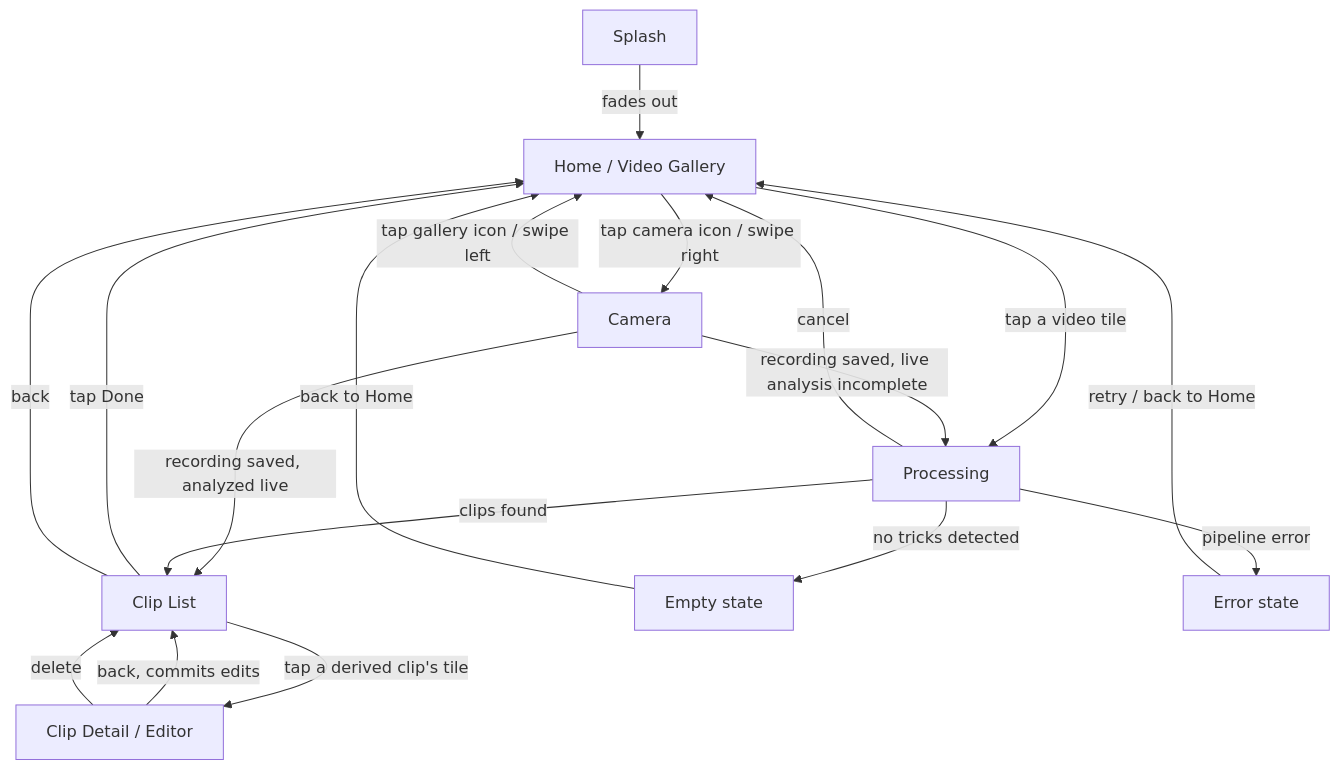
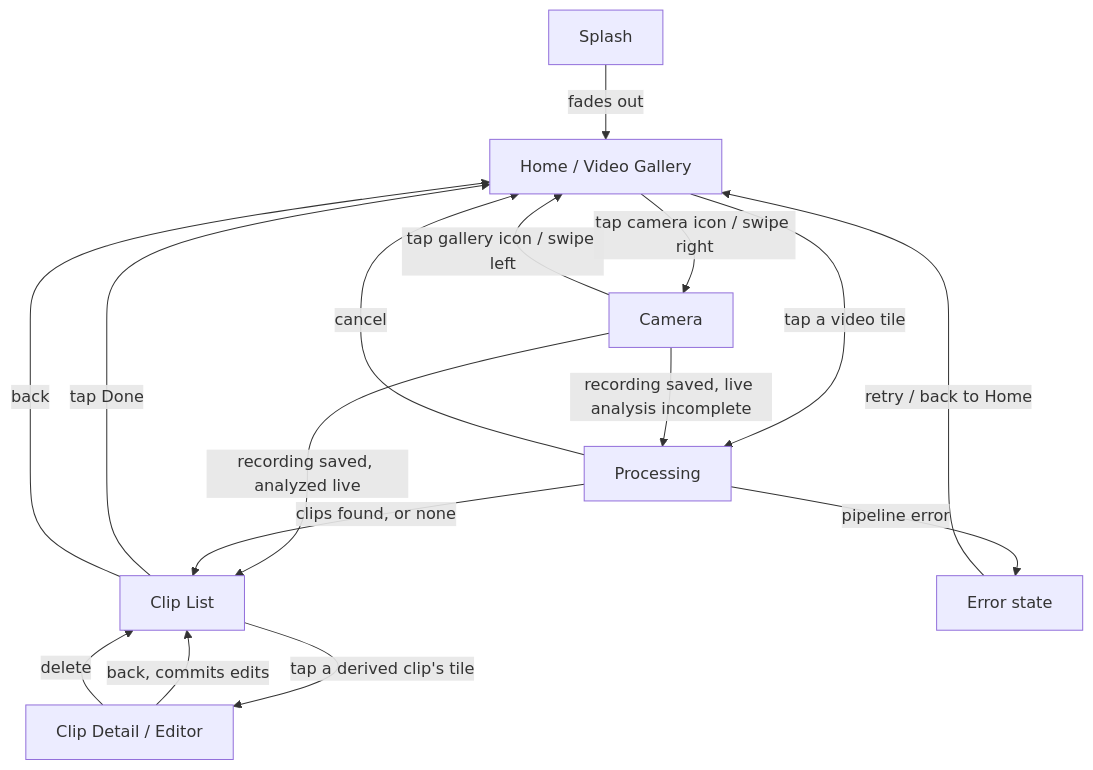
One commit to Museoie/turnip-ios changed the diagram in docs/UIUX.md. Above: the diagram before and after it, drawn with Mermaid. The commit also changed other lines of this file and 8 other files, not shown here.

First line of the commit message:
feat(cliplist): land zero-trick analyses on Clip List with a glass notice

````diff
--- a/docs/UIUX.md
+++ b/docs/UIUX.md
@@ -30,20 +30,18 @@
 ```mermaid
 flowchart TD
     S[Splash] -->|fades out| A
     A[Home / Video Gallery] -->|tap a video tile| B[Processing]
     A -->|tap camera icon / swipe right| G[Camera]
     G -->|tap gallery icon / swipe left| A
     G -->|recording saved, analyzed live| C
     G -->|recording saved, live analysis incomplete| B
-    B -->|clips found| C[Clip List]
-    B -->|no tricks detected| E1[Empty state]
+    B -->|clips found, or none| C[Clip List]
     B -->|pipeline error| E2[Error state]
     B -->|cancel| A
-    E1 -->|back to Home| A
     E2 -->|retry / back to Home| A
     C -->|tap a derived clip's tile| D[Clip Detail / Editor]
     D -->|back, commits edits| C
     D -->|delete| C
     C -->|tap Done| A
     C -->|back| A
 ```
````
